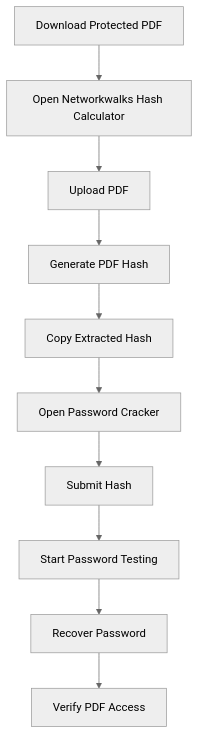
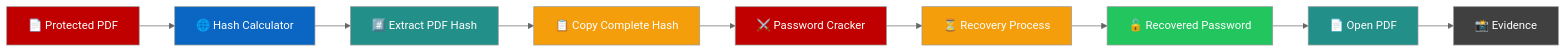
Before and after one commit to Nida-I-Khedekar/Cracking-Attacking-on-multiple-targets-using-multiple-tools-techniques: the third of 5 diagrams in README.md, drawn with Mermaid (neutral theme). The commit also changed other lines of this file, not shown here.

````diff
--- a/README.md
+++ b/README.md
@@ -368,16 +386,22 @@
 ```mermaid
-flowchart TD
-    A[Download Protected PDF]
-    B[Open Networkwalks Hash Calculator]
-    C[Upload PDF]
-    D[Generate PDF Hash]
-    E[Copy Extracted Hash]
-    F[Open Password Cracker]
-    G[Submit Hash]
-    H[Start Password Testing]
-    I[Recover Password]
-    J[Verify PDF Access]
+flowchart LR
 
-    A --> B --> C --> D --> E
-    E --> F --> G --> H --> I --> J
+    A["📄 Protected PDF"] --> B["🌐 Hash Calculator"]
+    B --> C["#️⃣ Extract PDF Hash"]
+    C --> D["📋 Copy Complete Hash"]
+    D --> E["⚔️ Password Cracker"]
+    E --> F["⏳ Recovery Process"]
+    F --> G["🔓 Recovered Password"]
+    G --> H["📄 Open PDF"]
+    H --> I["📸 Evidence"]
+
+    style A fill:#C00000,color:#fff
+    style B fill:#0A66C2,color:#fff
+    style C fill:#238F89,color:#fff
+    style D fill:#F59E0B,color:#fff
+    style E fill:#C00000,color:#fff
+    style F fill:#F59E0B,color:#fff
+    style G fill:#22C55E,color:#fff
+    style H fill:#238F89,color:#fff
+    style I fill:#404040,color:#fff
 ```
````
